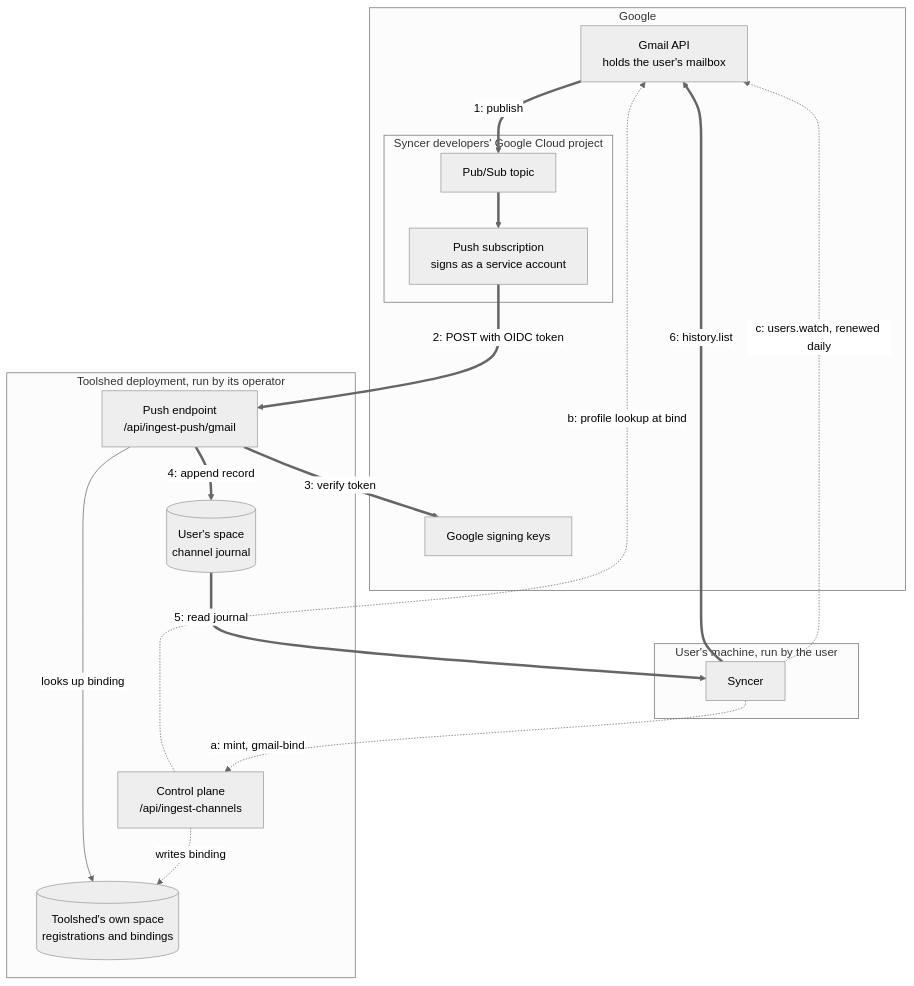
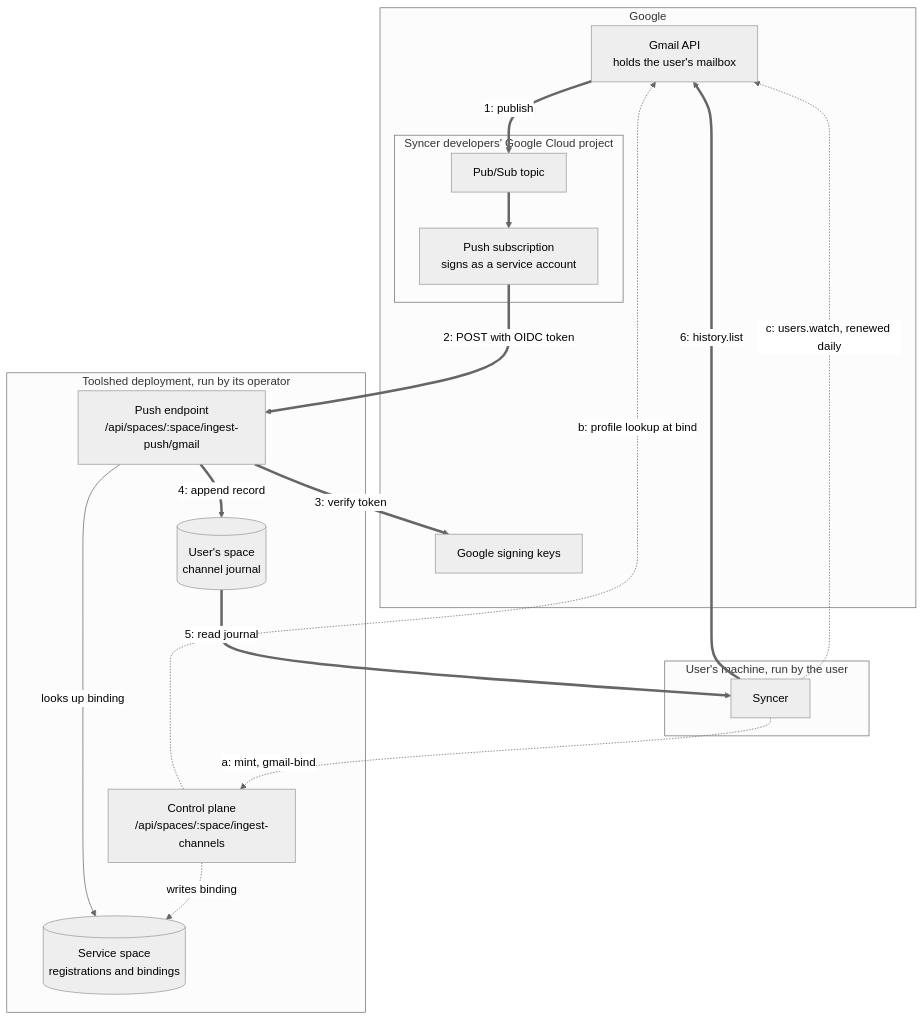
The first of 3 diagrams in docs/features/gmail-push-architecture.md (commonfabric/labs), drawn with Mermaid (neutral theme) before and after one commit. The commit also changed other lines of this file and 37 other files, not shown here.

First line of the commit message:
feat(toolshed): address ingest routes by the space they act on

````diff
--- a/docs/features/gmail-push-architecture.md
+++ b/docs/features/gmail-push-architecture.md
@@ -19,34 +19,34 @@
 ```mermaid
 flowchart TB
     subgraph google["Google"]
         gmail["Gmail API<br/>holds the user's mailbox"]
         keys["Google signing keys"]
         subgraph project["Syncer developers' Google Cloud project"]
             topic["Pub/Sub topic"]
             subscription["Push subscription<br/>signs as a service account"]
         end
     end
     subgraph toolshed["Toolshed deployment, run by its operator"]
-        control["Control plane<br/>/api/ingest-channels"]
-        push["Push endpoint<br/>/api/ingest-push/gmail"]
-        service[("Toolshed's own space<br/>registrations and bindings")]
+        control["Control plane<br/>/api/spaces/:space/ingest-channels"]
+        push["Push endpoint<br/>/api/spaces/:space/ingest-push/gmail"]
+        service[("Service space<br/>registrations and bindings")]
         userspace[("User's space<br/>channel journal")]
     end
     subgraph machine["User's machine, run by the user"]
         syncer["Syncer"]
     end
 
     syncer -. "a: mint, gmail-bind" .-> control
     control -. "b: profile lookup at bind" .-> gmail
     control -. "writes binding" .-> service
     syncer -. "c: users.watch, renewed daily" .-> gmail
 
     gmail == "1: publish" ==> topic
     topic ==> subscription
     subscription == "2: POST with OIDC token" ==> push
     push == "3: verify token" ==> keys
     push -- "looks up binding" --> service
     push == "4: append record" ==> userspace
     userspace == "5: read journal" ==> syncer
     syncer == "6: history.list" ==> gmail
 ```
````
